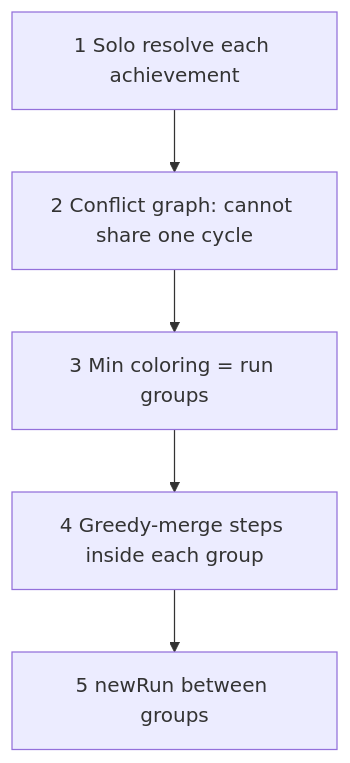
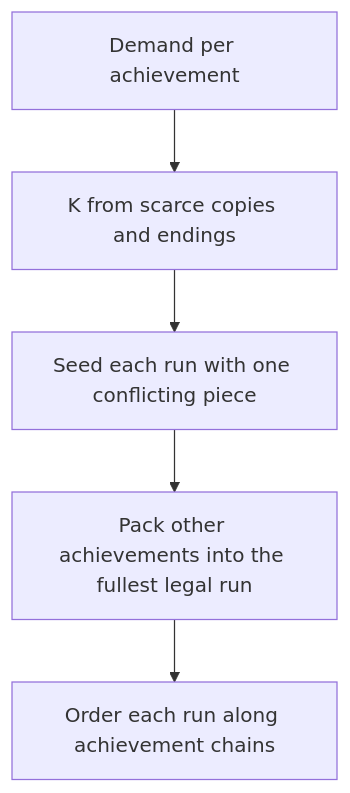
Before and after one commit to OtakuForLife/AchievementRoute: the diagram in docs/algorithm.md, drawn with Mermaid. The commit also changed other lines of this file and 9 other files, not shown here.

````diff
--- a/docs/algorithm.md
+++ b/docs/algorithm.md
@@ -23,9 +23,9 @@
 ```mermaid
 flowchart TD
-  solos[1 Solo resolve each achievement]
-  conflict[2 Conflict graph: cannot share one cycle]
-  color[3 Min coloring = run groups]
-  merge[4 Greedy-merge steps inside each group]
-  stitch[5 newRun between groups]
-  solos --> conflict --> color --> merge --> stitch
+  demand[Demand per achievement]
+  copies[K from scarce copies and endings]
+  seed[Seed each run with one conflicting piece]
+  pack[Pack other achievements into the fullest legal run]
+  order[Order each run along achievement chains]
+  demand --> copies --> seed --> pack --> order
 ```
````
